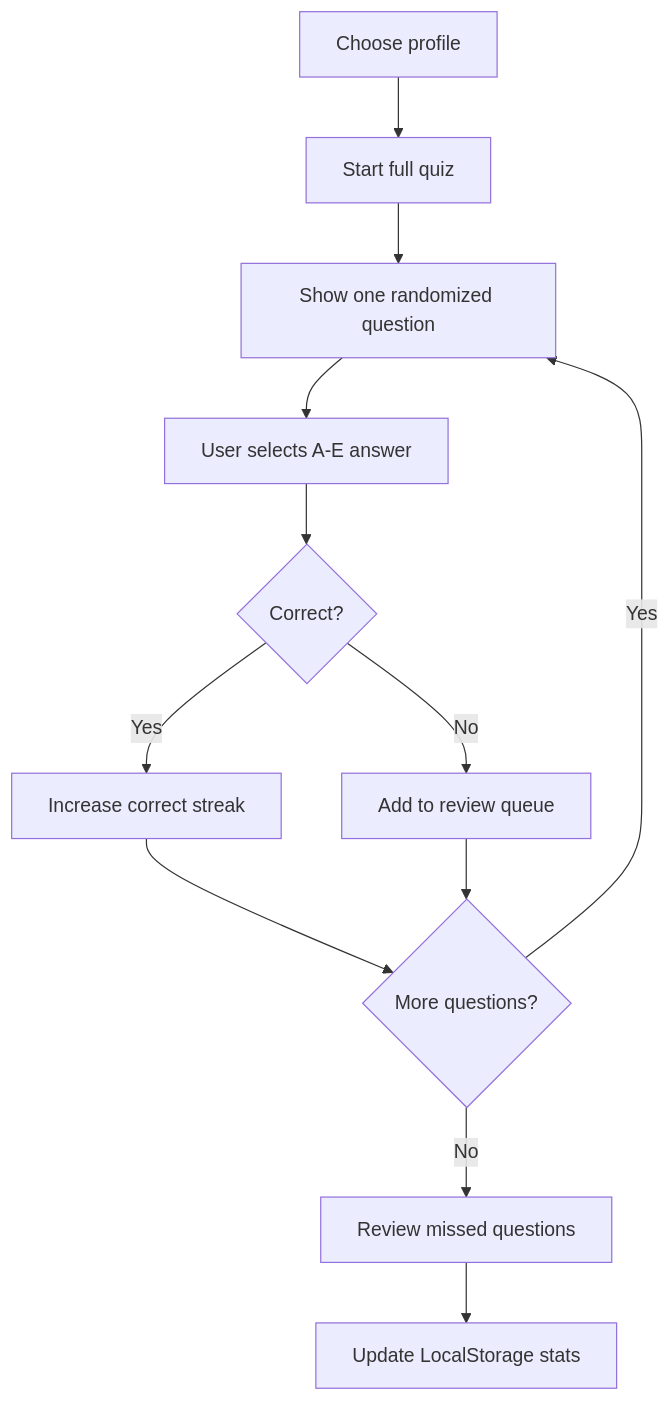
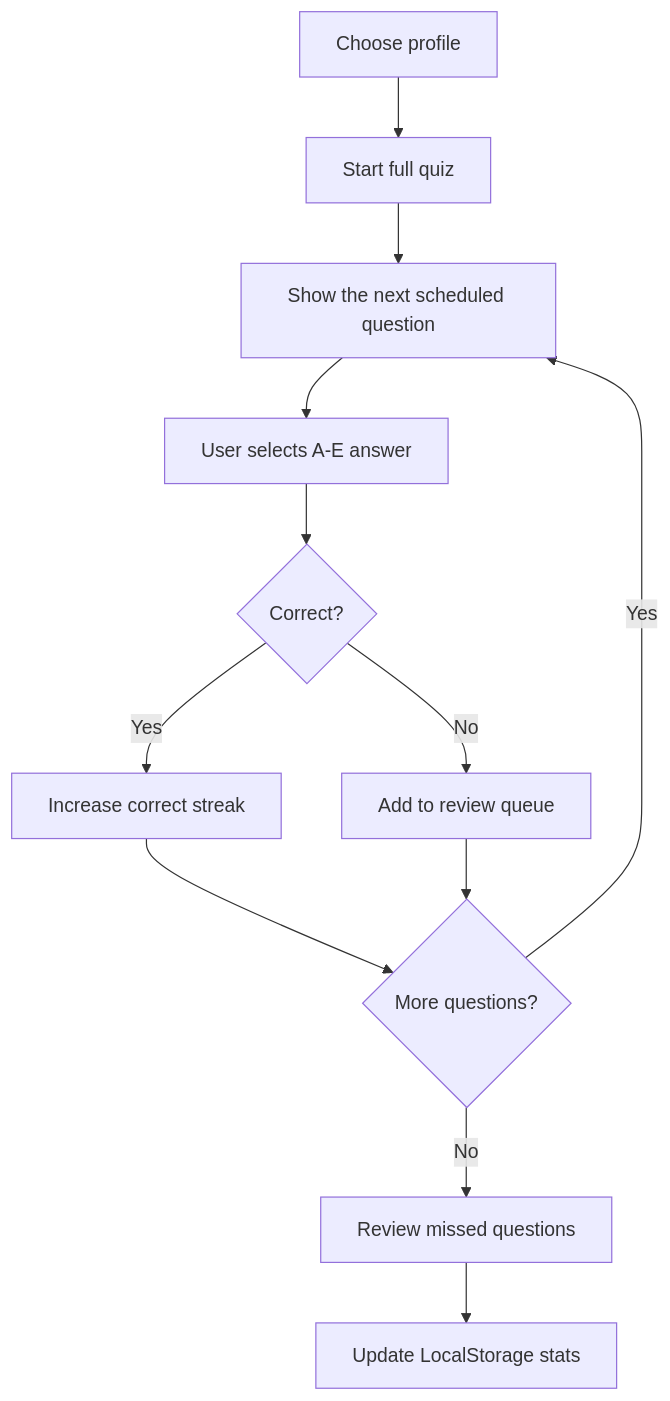
Before and after one commit to DegsTerin/Quiz-Contest: the diagram in README.md, drawn with Mermaid. The commit also changed other lines of this file and 7 other files, not shown here.

````diff
--- a/README.md
+++ b/README.md
@@ -52,14 +52,14 @@
 ```mermaid
 flowchart TD
   A["Choose profile"] --> B["Start full quiz"]
-  B --> C["Show one randomized question"]
+  B --> C["Show the next scheduled question"]
   C --> D["User selects A-E answer"]
   D --> E{"Correct?"}
   E -->|Yes| F["Increase correct streak"]
   E -->|No| G["Add to review queue"]
   F --> H{"More questions?"}
   G --> H
   H -->|Yes| C
   H -->|No| I["Review missed questions"]
   I --> J["Update LocalStorage stats"]
 ```
````
